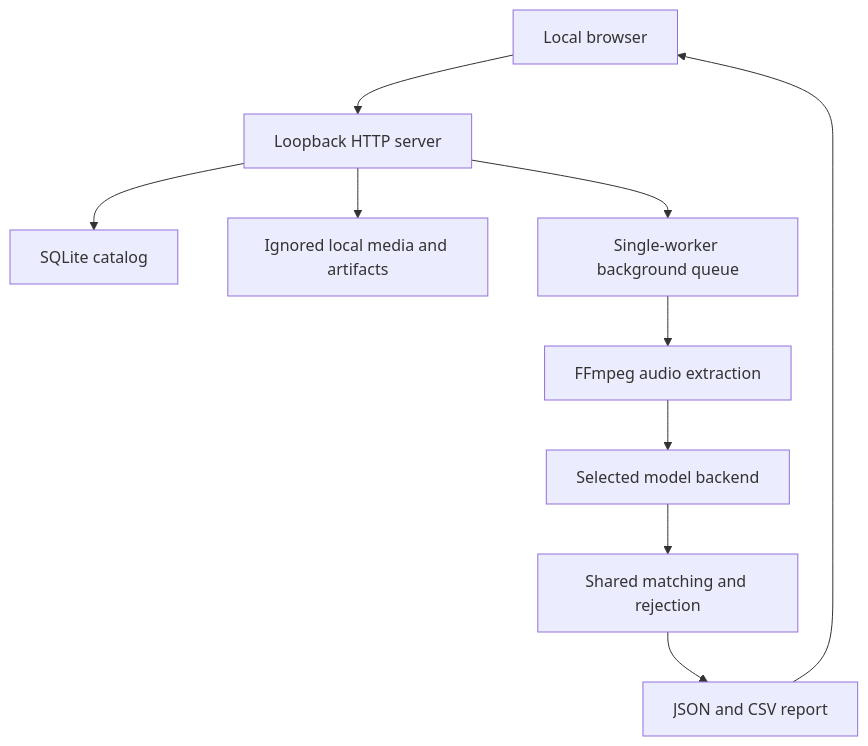
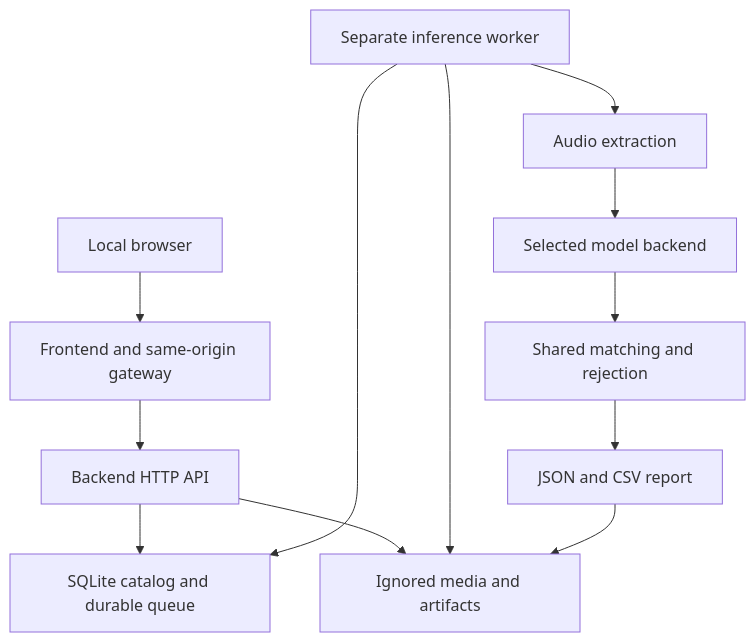
One commit to rohan-badugula/Supervised_Speaker_Identification changed the diagram in docs/workbench.md. Above: the diagram before and after it, drawn with Mermaid. The commit also changed other lines of this file and 8 other files, not shown here.

````diff
--- a/docs/workbench.md
+++ b/docs/workbench.md
@@ -30,12 +33,14 @@
 ```mermaid
 flowchart TD
-    Browser[Local browser] --> HTTP[Loopback HTTP server]
-    HTTP --> Catalog[SQLite catalog]
-    HTTP --> Files[Ignored local media and artifacts]
-    HTTP --> Queue[Single-worker background queue]
-    Queue --> FFmpeg[FFmpeg audio extraction]
+    Browser[Local browser] --> Frontend[Frontend and same-origin gateway]
+    Frontend --> API[Backend HTTP API]
+    API --> Catalog[SQLite catalog and durable queue]
+    API --> Files[Ignored media and artifacts]
+    Worker[Separate inference worker] --> Catalog
+    Worker --> Files
+    Worker --> FFmpeg[Audio extraction]
     FFmpeg --> Adapter[Selected model backend]
     Adapter --> Matching[Shared matching and rejection]
     Matching --> Report[JSON and CSV report]
-    Report --> Browser
+    Report --> Files
 ```
````
